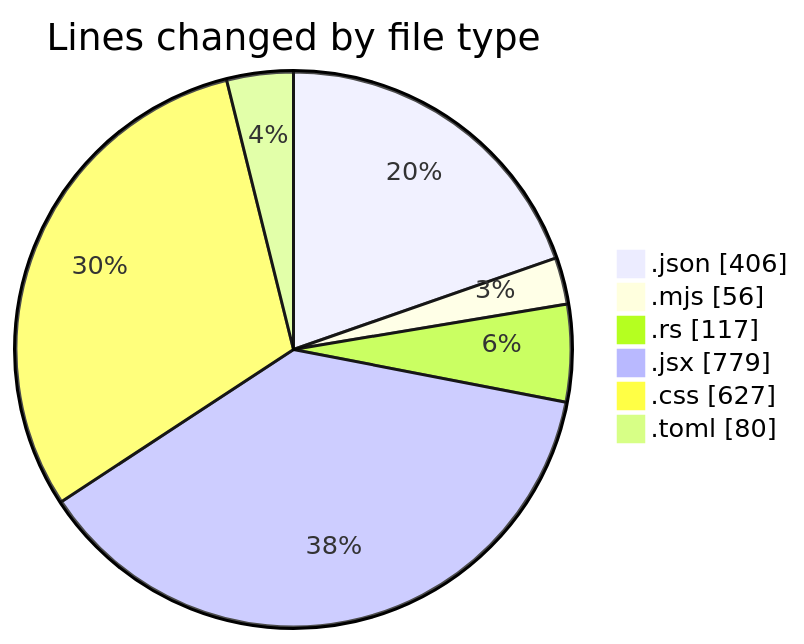
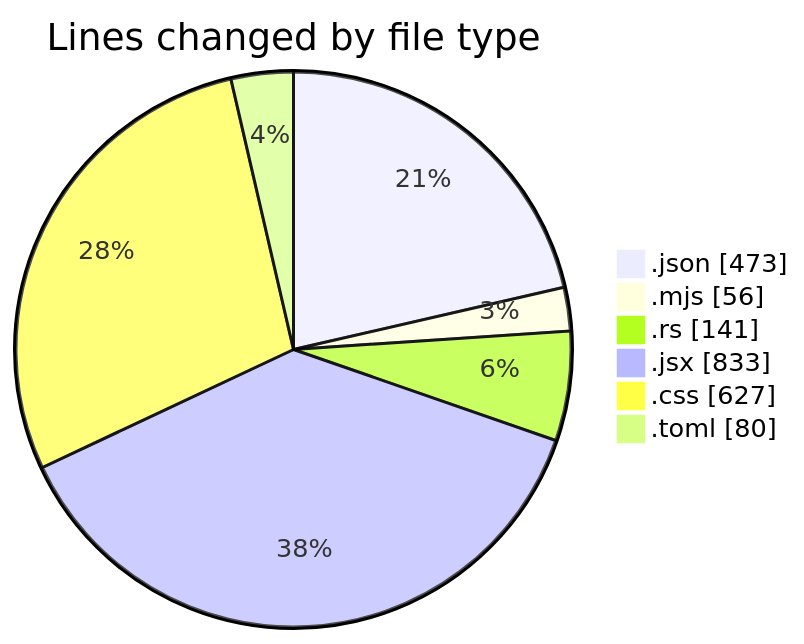
The first of 2 diagrams in 2025-01-28/trollerboard/README.md (charlie-sans/code-tracking), drawn with Mermaid before and after one commit. The commit also changed other lines of this file and 1 other file, not shown here.

````diff
--- a/2025-01-28/trollerboard/README.md
+++ b/2025-01-28/trollerboard/README.md
@@ -29,10 +30,10 @@
 ```mermaid
 pie showData
 title Lines changed by file type
-".json" : 406
+".json" : 473
 ".mjs" : 56
-".rs" : 117
-".jsx" : 779
+".rs" : 141
+".jsx" : 833
 ".css" : 627
 ".toml" : 80
 ```
````
